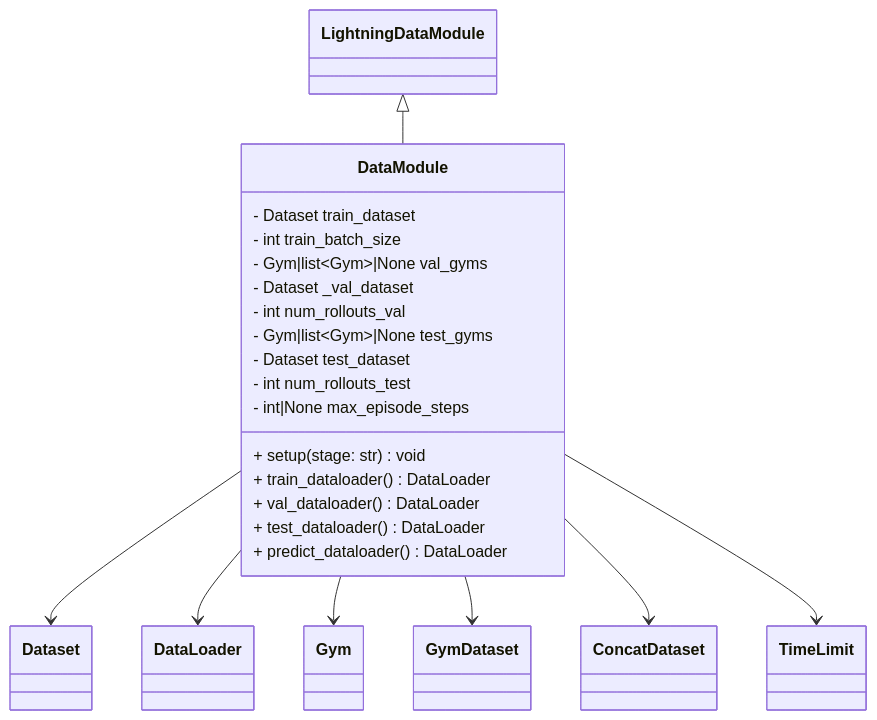
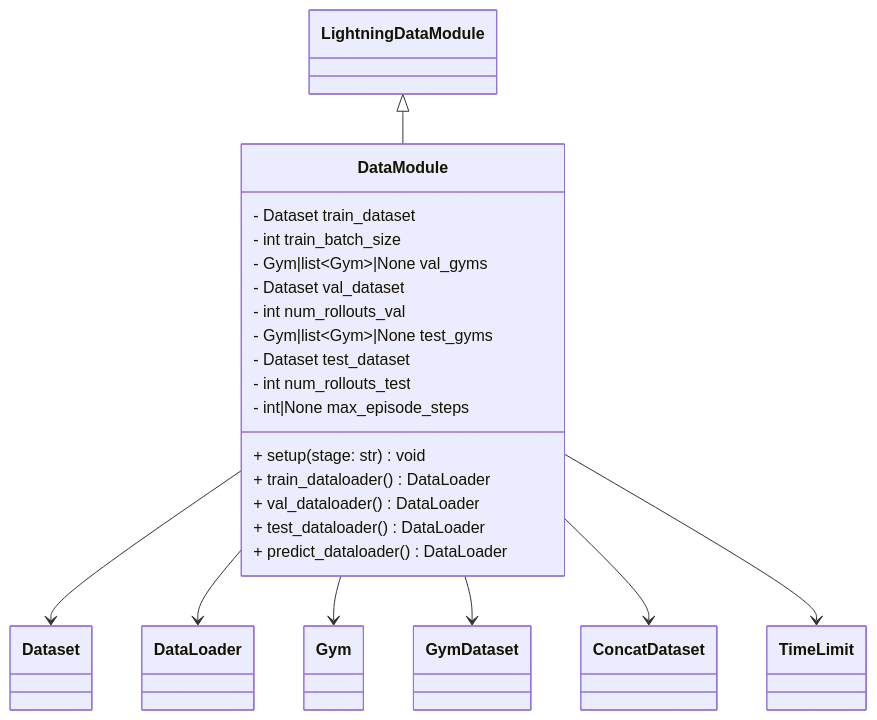
The diagram in library/docs/design/data/datamodules.md (open-edge-platform/physical-ai-studio), drawn with Mermaid before and after one commit. The commit also changed 4 other files, not shown here.

````diff
--- a/library/docs/design/data/datamodules.md
+++ b/library/docs/design/data/datamodules.md
@@ -9,37 +9,37 @@
 ```mermaid
 classDiagram
     class LightningDataModule {
     }
 
     class DataModule {
         - Dataset train_dataset
         - int train_batch_size
         - Gym|list~Gym~|None val_gyms
-        - Dataset _val_dataset
+        - Dataset val_dataset
         - int num_rollouts_val
         - Gym|list~Gym~|None test_gyms
         - Dataset test_dataset
         - int num_rollouts_test
         - int|None max_episode_steps
         + setup(stage: str) void
         + train_dataloader() DataLoader
         + val_dataloader() DataLoader
         + test_dataloader() DataLoader
         + predict_dataloader() DataLoader
     }
 
     class Dataset
     class DataLoader
     class Gym
     class GymDataset
     class ConcatDataset
     class TimeLimit
 
     LightningDataModule <|-- DataModule
     DataModule --> Dataset
     DataModule --> DataLoader
     DataModule --> Gym
     DataModule --> GymDataset
     DataModule --> ConcatDataset
     DataModule --> TimeLimit
 ```
````
